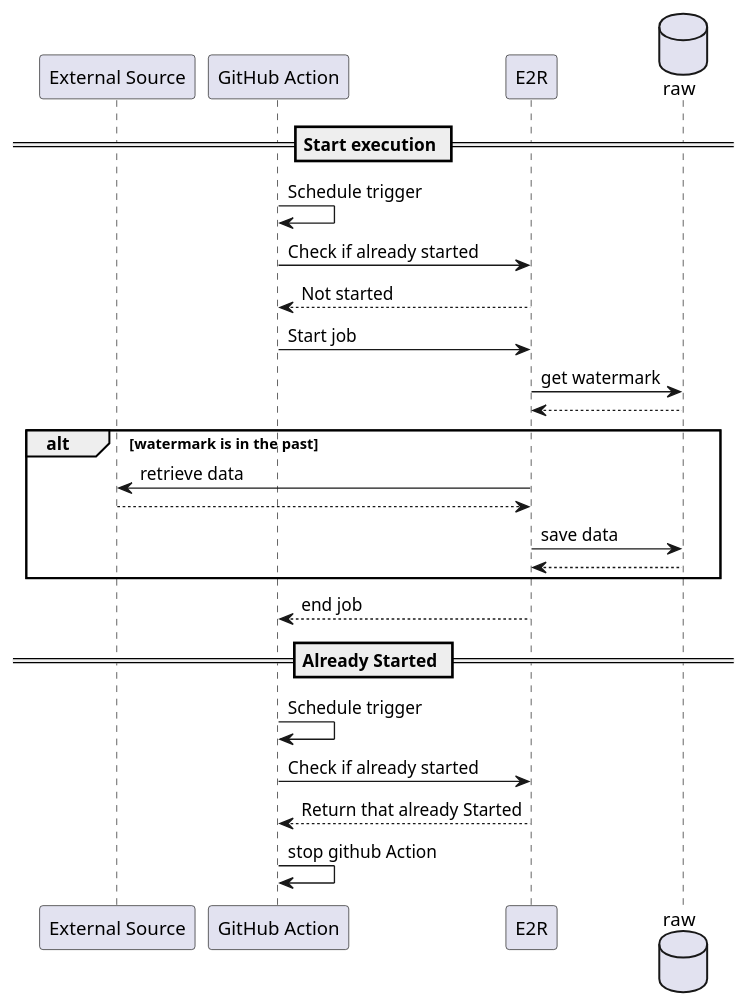
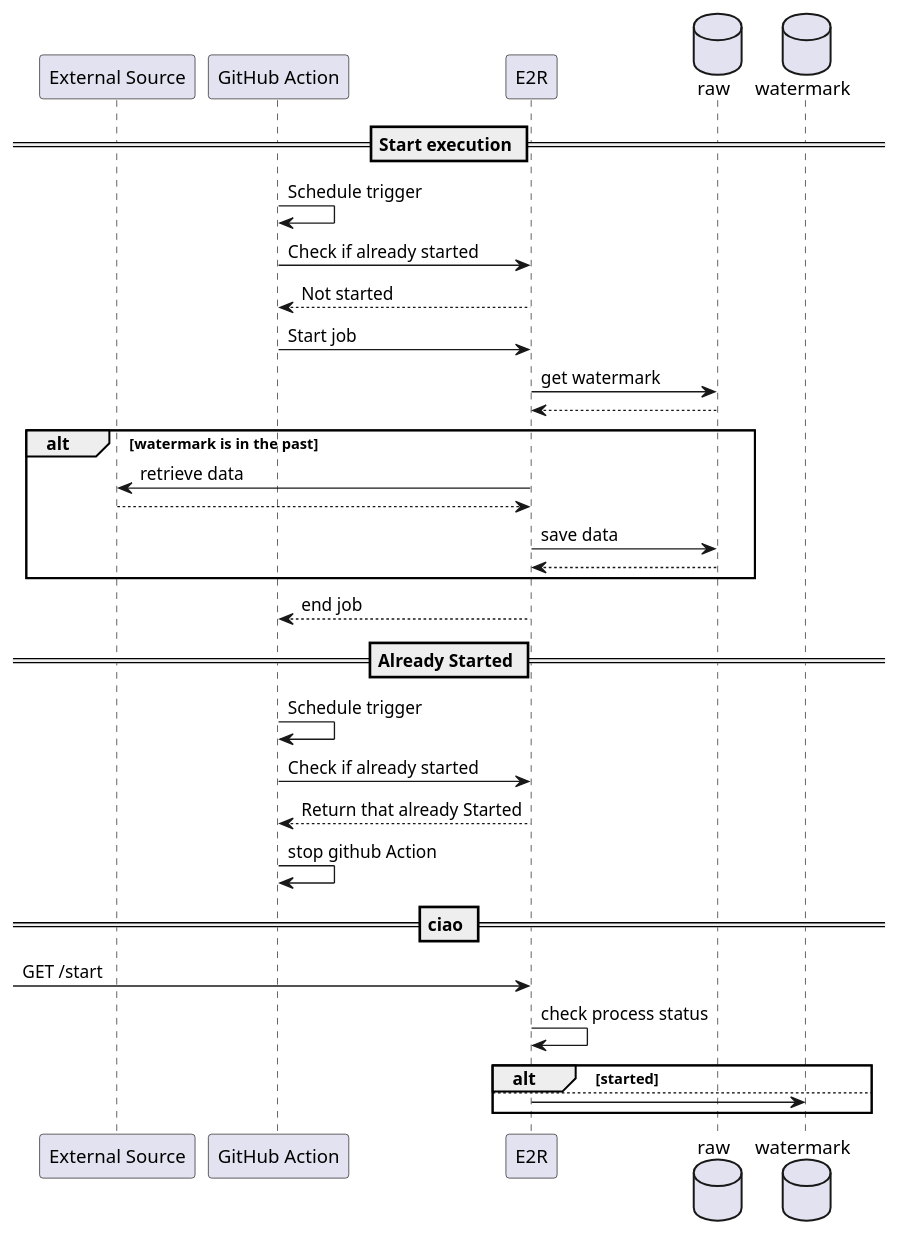
The diagram in doc/HLD.puml (analysis-lotto/numbers-game-e2b), drawn with PlantUML before and after one commit. The commit also changed 3 other files, not shown here.

```diff
--- a/doc/HLD.puml
+++ b/doc/HLD.puml
@@ -1,44 +1,58 @@
 @startuml
 
 participant "External Source" as ext
 
 participant "GitHub Action" as gh
 
 participant "E2R" as e2r
 
 database raw
+
+database watermark
 
 == Start execution ==
 
 gh -> gh: Schedule trigger
 
 gh -> e2r: Check if already started
 e2r --> gh: Not started
 
 gh -> e2r: Start job
 
 e2r -> raw: get watermark
 raw --> e2r
 
 alt watermark is in the past
 
 e2r -> ext: retrieve data
 ext --> e2r
 
 e2r -> raw: save data
 raw --> e2r
 
 end
 
 e2r --> gh: end job
 
 == Already Started ==
 
 gh -> gh: Schedule trigger
 gh -> e2r: Check if already started
 e2r --> gh:  Return that already Started
 gh -> gh: stop github Action
 
 
+== ciao ==
+
+-> e2r: GET /start
+e2r -> e2r: check process status
+alt started
+
+else
+e2r -> watermark  
+
+end
+
+
 
 @enduml
```
